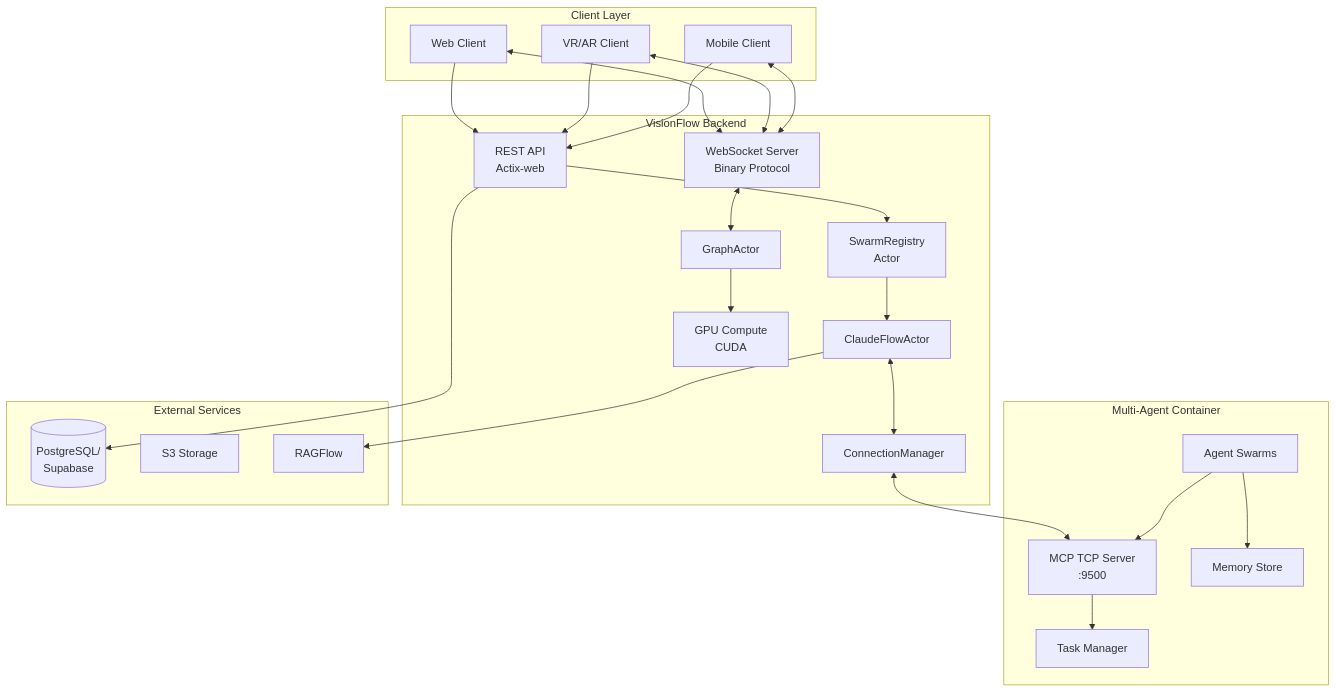
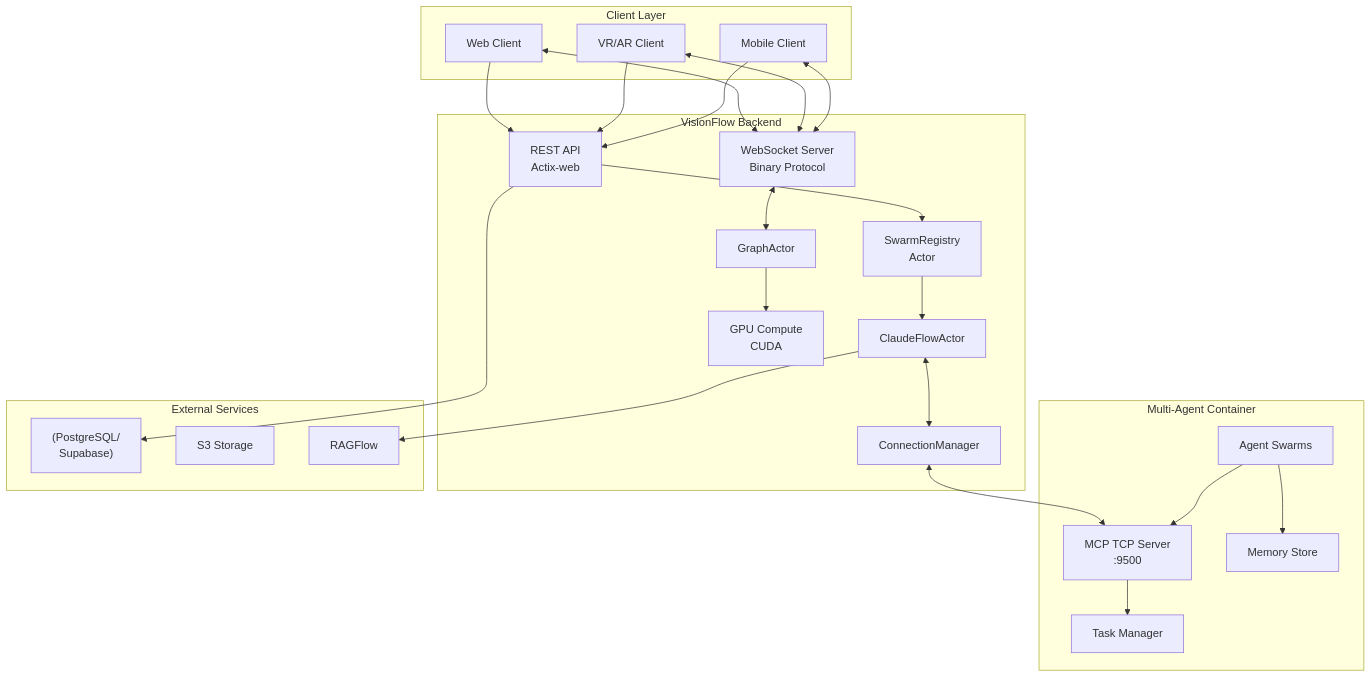
The first of 3 diagrams in docs/concepts/01-system-overview.md (DreamLab-AI/VisionFlow), drawn with Mermaid before and after one commit. The commit also changed 7 other files, not shown here.

````diff
--- a/docs/concepts/01-system-overview.md
+++ b/docs/concepts/01-system-overview.md
@@ -9,45 +9,45 @@
 ```mermaid
 graph TB
     subgraph "Client Layer"
         C1[Web Client]
         C2[VR/AR Client]
         C3[Mobile Client]
     end
     
     subgraph "VisionFlow Backend"
-        REST[REST API<br/>Actix-web]
-        WS[WebSocket Server<br/>Binary Protocol]
-        SR[SwarmRegistry<br/>Actor]
+        REST["REST API<br/>Actix-web"]
+        WS["WebSocket Server<br/>Binary Protocol"]
+        SR["SwarmRegistry<br/>Actor"]
         CFA[ClaudeFlowActor]
         GA[GraphActor]
-        GPU[GPU Compute<br/>CUDA]
+        GPU["GPU Compute<br/>CUDA"]
         CM[ConnectionManager]
     end
     
     subgraph "Multi-Agent Container"
-        MCP[MCP TCP Server<br/>:9500]
+        MCP["MCP TCP Server<br/>:9500"]
         AS[Agent Swarms]
         TM[Task Manager]
         MM[Memory Store]
     end
     
     subgraph "External Services"
-        DB[(PostgreSQL/<br/>Supabase)]
+        DB["(PostgreSQL/<br/>Supabase)"]
         S3[S3 Storage]
         RAG[RAGFlow]
     end
     
     C1 & C2 & C3 --> REST
     C1 & C2 & C3 <--> WS
     REST --> SR
     SR --> CFA
     WS <--> GA
     CFA <--> CM
     CM <--> MCP
     GA --> GPU
     AS --> MCP
     MCP --> TM
     AS --> MM
     REST --> DB
     CFA --> RAG
 ```
````
